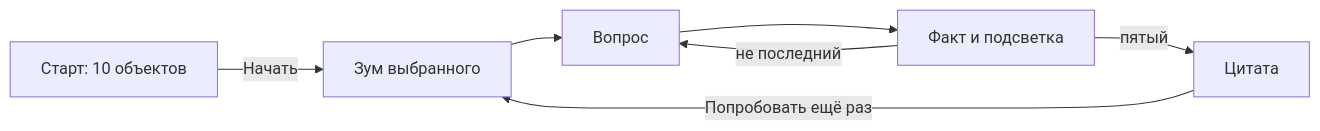
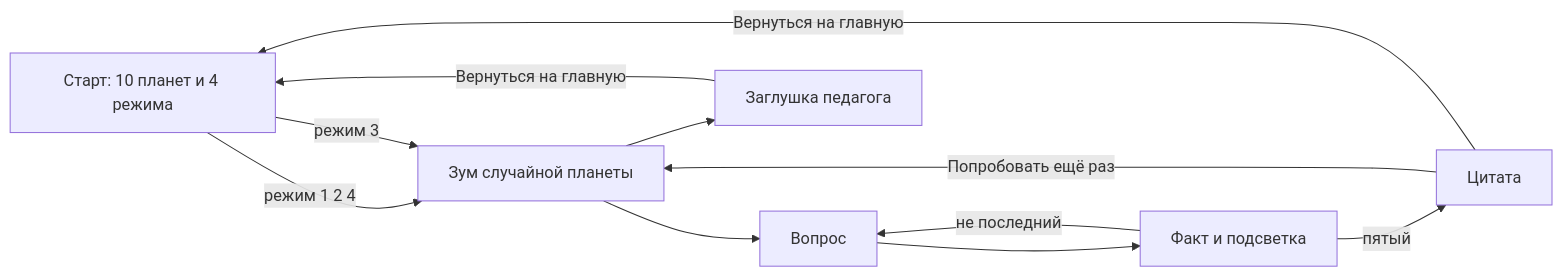
The diagram in ТРЕБОВАНИЯ.md (JuliaMinullina/Quiz), drawn with Mermaid before and after one commit. The commit also changed other lines of this file and 55 other files, not shown here.

````diff
--- a/ТРЕБОВАНИЯ.md
+++ b/ТРЕБОВАНИЯ.md
@@ -35,12 +40,16 @@
 ```mermaid
 flowchart LR
-  home[Старт: 10 объектов]
-  zoom[Зум выбранного]
+  home[Старт: 10 планет и 4 режима]
+  zoom[Зум случайной планеты]
   q[Вопрос]
   fact[Факт и подсветка]
   quote[Цитата]
-  home -->|Начать| zoom --> q --> fact
+  stub[Заглушка педагога]
+  home -->|режим 1 2 4| zoom --> q --> fact
   fact -->|не последний| q
   fact -->|пятый| quote
   quote -->|Попробовать ещё раз| zoom
+  home -->|режим 3| zoom --> stub
+  stub -->|Вернуться на главную| home
+  quote -->|Вернуться на главную| home
 ```
````
